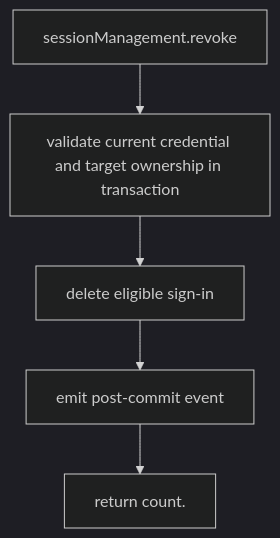
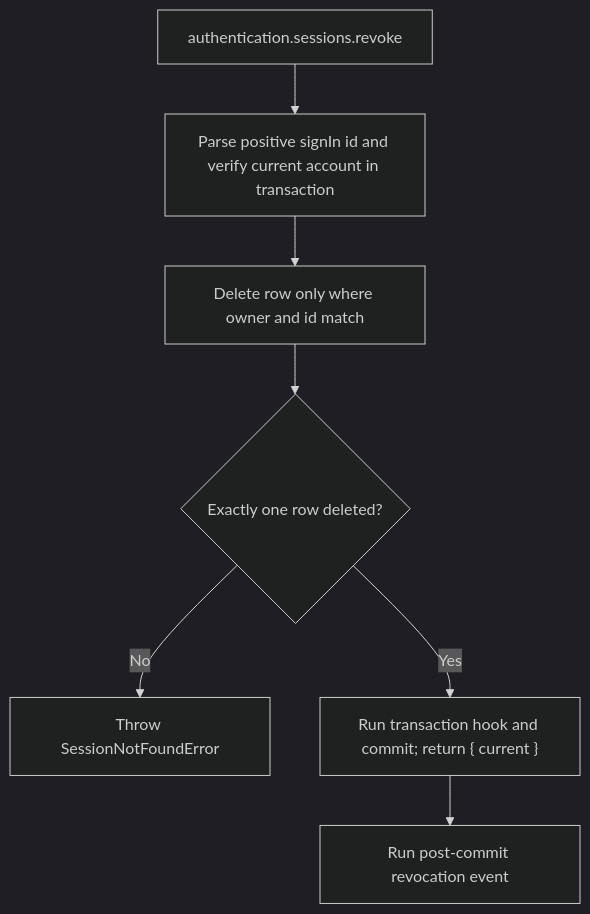
The second of 2 diagrams in user-stories/US-ACCOUNT-15-revoke-device.md (Kevinjohn/oss-adonisjs-account-kit), drawn with Mermaid (dark theme) before and after one commit. The commit also changed other lines of this file and 9 other files, not shown here.

Commit message:
docs: clarify session and social account journeys

````diff
--- a/user-stories/US-ACCOUNT-15-revoke-device.md
+++ b/user-stories/US-ACCOUNT-15-revoke-device.md
@@ -33,12 +32,9 @@
 ```mermaid
 flowchart TD
-    C0["sessionManagement.revoke"]
-    C1["validate current credential and target ownership in transaction"]
-    C0 --> C1
-    C2["delete eligible sign-in"]
-    C1 --> C2
-    C3["emit post-commit event"]
-    C2 --> C3
-    C4["return count."]
-    C3 --> C4
+ A["authentication.sessions.revoke"] --> B["Parse positive signIn id and verify current account in transaction"]
+ B --> C["Delete row only where owner and id match"]
+ C --> D{"Exactly one row deleted?"}
+ D -->|No| E["Throw SessionNotFoundError"]
+ D -->|Yes| F["Run transaction hook and commit; return { current }"]
+ F --> G["Run post-commit revocation event"]
 ```
````
